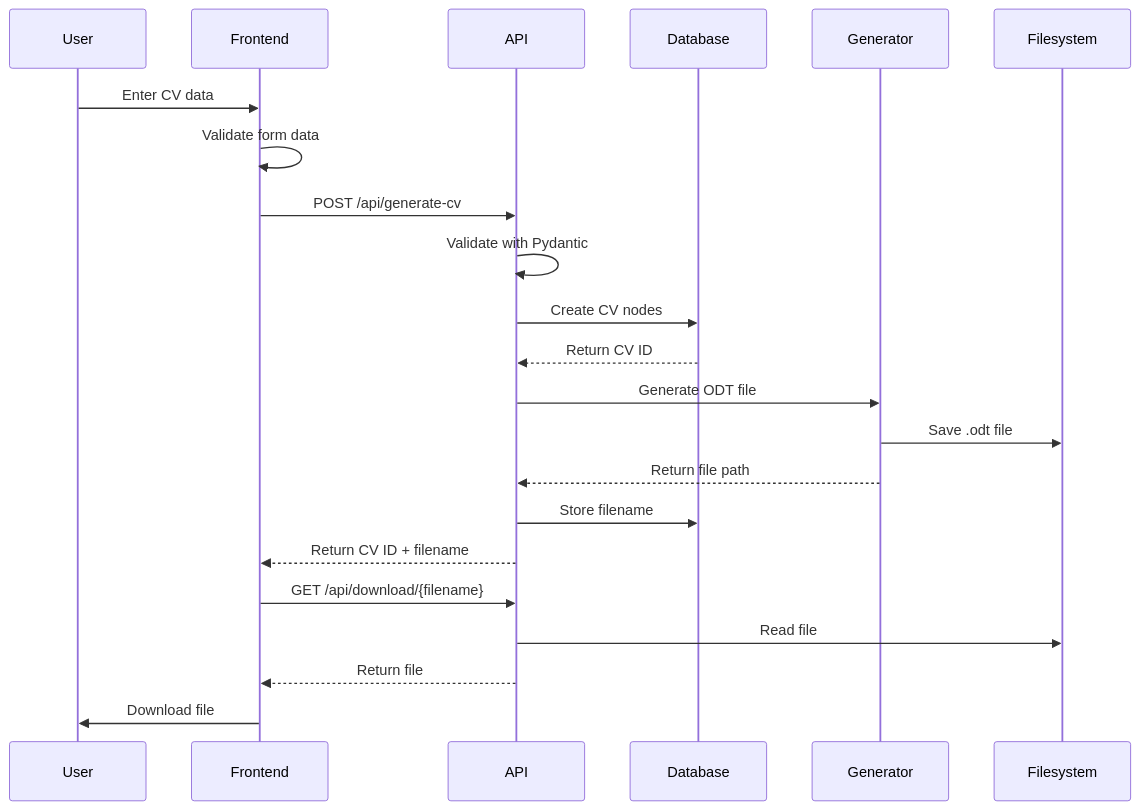
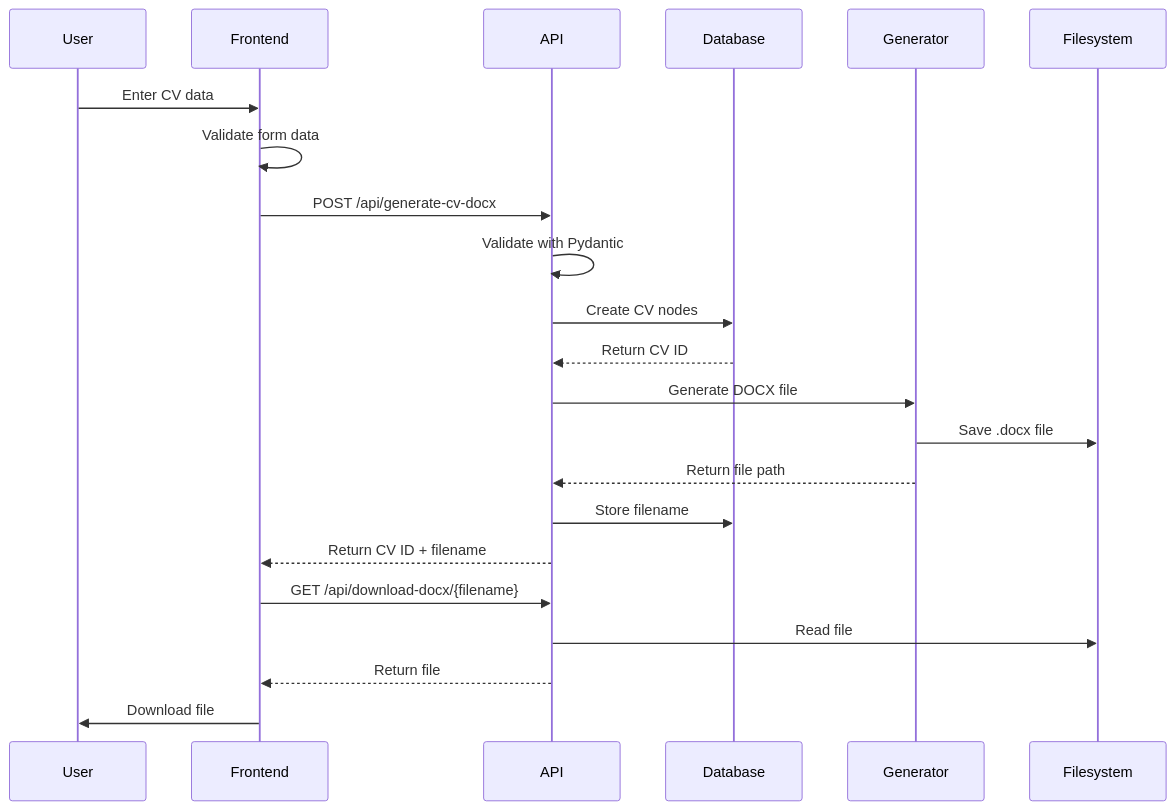
One commit to cocodedk/cv-generator changed the first of 6 diagrams in docs/architecture/data-flow.md. Above: the diagram before and after it, drawn with Mermaid. The commit also changed other lines of this file and 65 other files, not shown here.

````diff
--- a/docs/architecture/data-flow.md
+++ b/docs/architecture/data-flow.md
@@ -7,25 +7,25 @@
 ```mermaid
 sequenceDiagram
     participant User
     participant Frontend
     participant API
     participant Database
     participant Generator
     participant Filesystem
 
     User->>Frontend: Enter CV data
     Frontend->>Frontend: Validate form data
-    Frontend->>API: POST /api/generate-cv
+    Frontend->>API: POST /api/generate-cv-docx
     API->>API: Validate with Pydantic
     API->>Database: Create CV nodes
     Database-->>API: Return CV ID
-    API->>Generator: Generate ODT file
-    Generator->>Filesystem: Save .odt file
+    API->>Generator: Generate DOCX file
+    Generator->>Filesystem: Save .docx file
     Generator-->>API: Return file path
     API->>Database: Store filename
     API-->>Frontend: Return CV ID + filename
-    Frontend->>API: GET /api/download/{filename}
+    Frontend->>API: GET /api/download-docx/{filename}
     API->>Filesystem: Read file
     API-->>Frontend: Return file
     Frontend->>User: Download file
 ```
````
